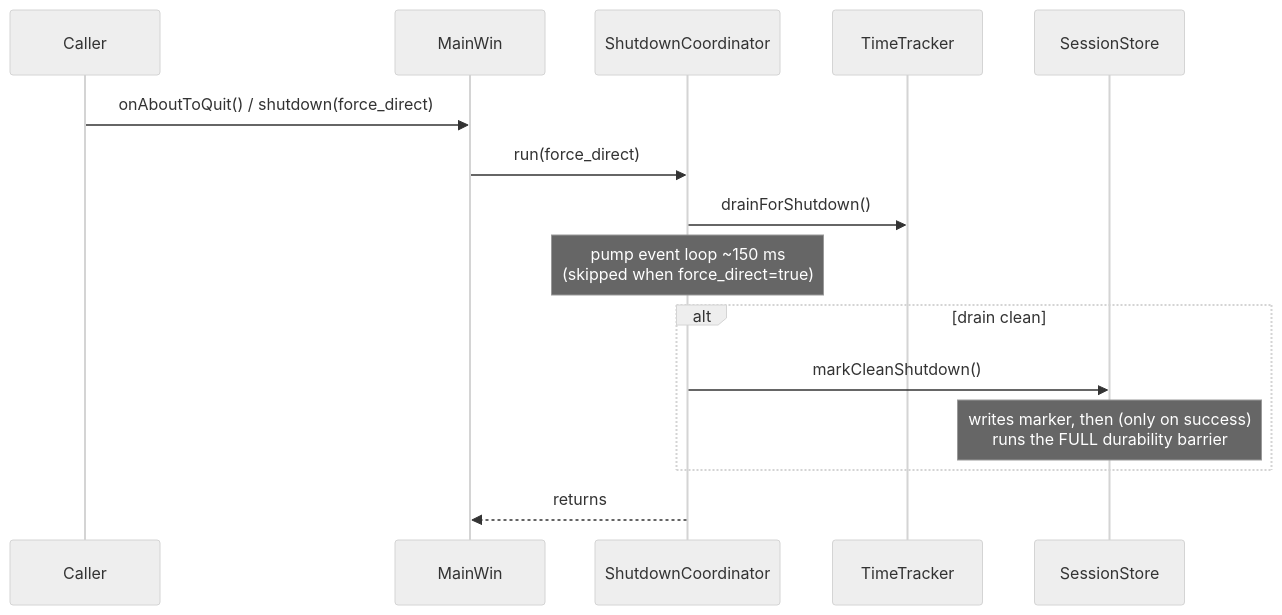
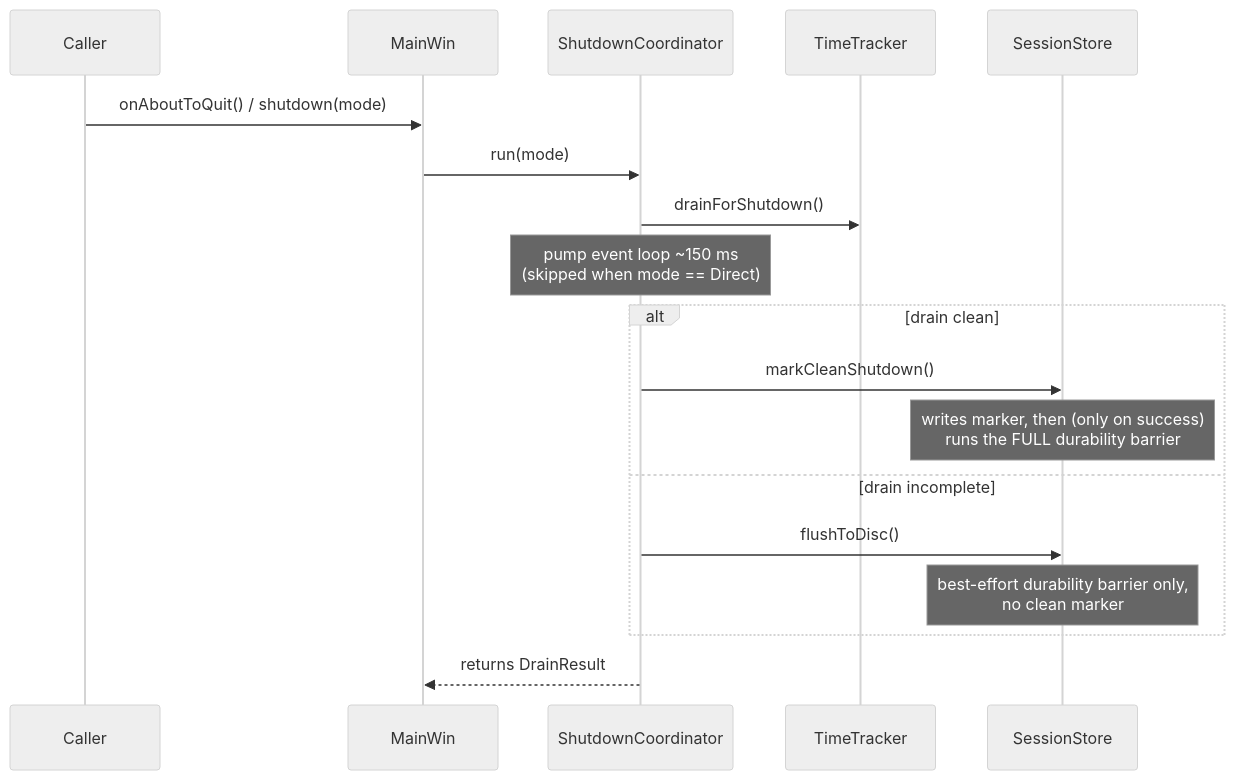
The second of 2 diagrams in doc/runtime-behaviour.md (marifoo/PausePilot), drawn with Mermaid (neutral theme) before and after one commit. The commit also changed other lines of this file and 5 other files, not shown here.

````diff
--- a/doc/runtime-behaviour.md
+++ b/doc/runtime-behaviour.md
@@ -111,18 +130,21 @@
 ```mermaid
 sequenceDiagram
     participant Caller
     participant MW as MainWin
     participant SC as ShutdownCoordinator
     participant T as TimeTracker
     participant S as SessionStore
 
-    Caller->>MW: onAboutToQuit() / shutdown(force_direct)
-    MW->>SC: run(force_direct)
+    Caller->>MW: onAboutToQuit() / shutdown(mode)
+    MW->>SC: run(mode)
     SC->>T: drainForShutdown()
-    Note over SC: pump event loop ~150 ms<br/>(skipped when force_direct=true)
+    Note over SC: pump event loop ~150 ms<br/>(skipped when mode == Direct)
     alt drain clean
         SC->>S: markCleanShutdown()
         Note over S: writes marker, then (only on success)<br/>runs the FULL durability barrier
+    else drain incomplete
+        SC->>S: flushToDisc()
+        Note over S: best-effort durability barrier only,<br/>no clean marker
     end
-    SC-->>MW: returns
+    SC-->>MW: returns DrainResult
 ```
````
